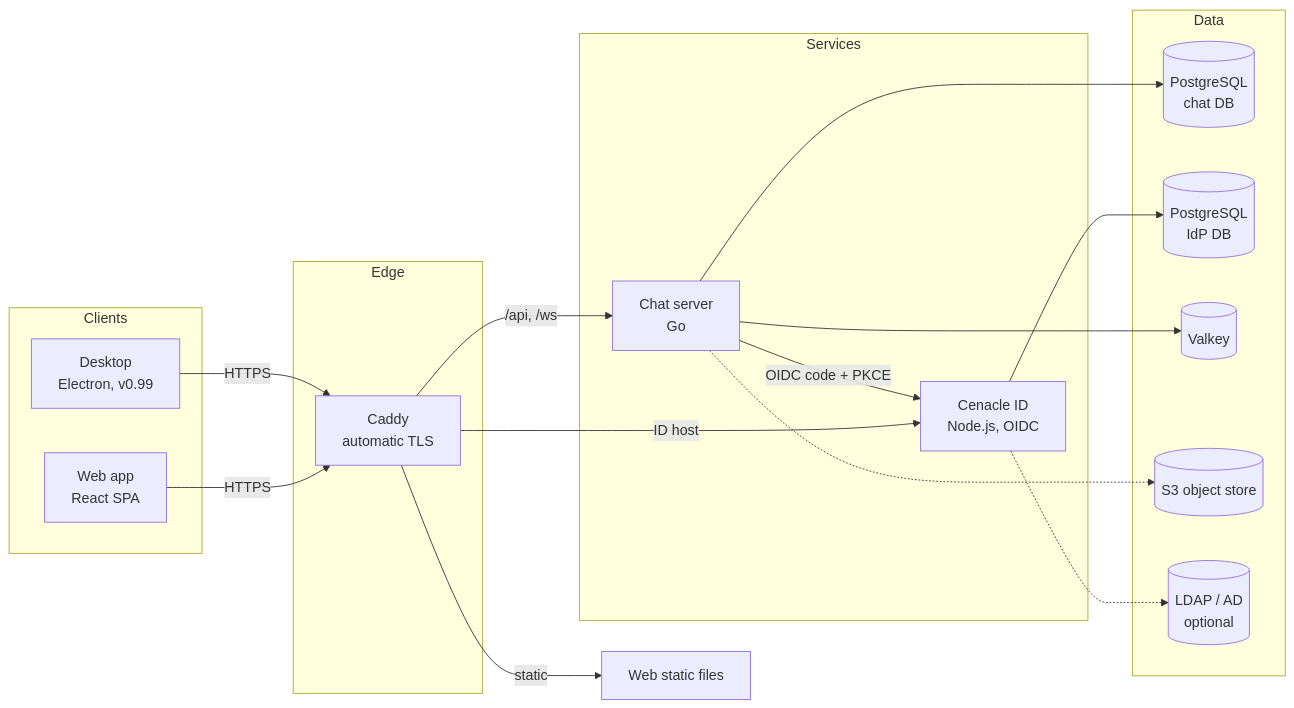
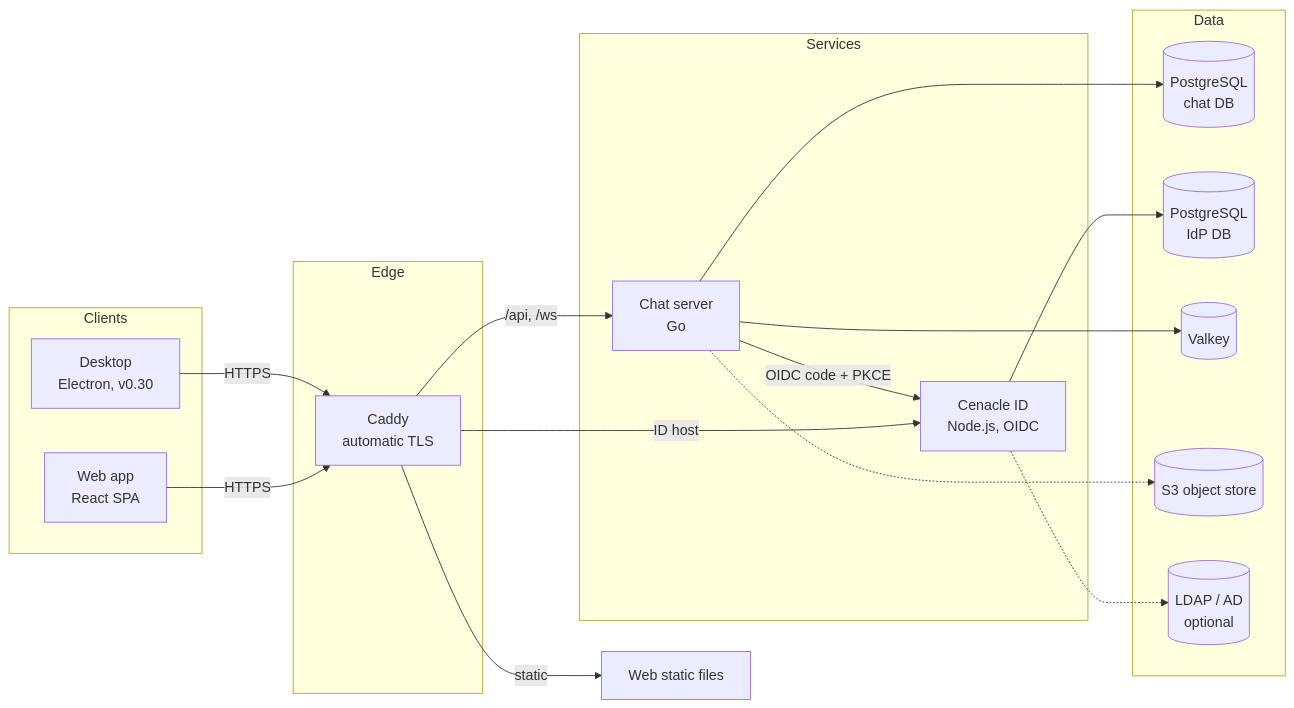
The diagram in README.md (barisshn35/cenacle), drawn with Mermaid before and after one commit. The commit also changed other lines of this file and 1 other file, not shown here.

````diff
--- a/README.md
+++ b/README.md
@@ -89,33 +89,33 @@
 ```mermaid
 flowchart LR
   subgraph Clients
     W[Web app<br/>React SPA]
-    D[Desktop<br/>Electron, v0.99]
+    D[Desktop<br/>Electron, v0.30]
   end
   subgraph Edge
     P[Caddy<br/>automatic TLS]
   end
   subgraph Services
     S[Chat server<br/>Go]
     I[Cenacle ID<br/>Node.js, OIDC]
   end
   subgraph Data
     PGC[(PostgreSQL<br/>chat DB)]
     PGI[(PostgreSQL<br/>IdP DB)]
     V[(Valkey)]
     O[(S3 object store)]
     L[(LDAP / AD<br/>optional)]
   end
 
   W -- HTTPS --> P
   D -- HTTPS --> P
   P -- "/api, /ws" --> S
   P -- static --> WS[Web static files]
   P -- "ID host" --> I
   S -- "OIDC code + PKCE" --> I
   S --> PGC
   S --> V
   S -.-> O
   I --> PGI
   I -.-> L
 ```
````
